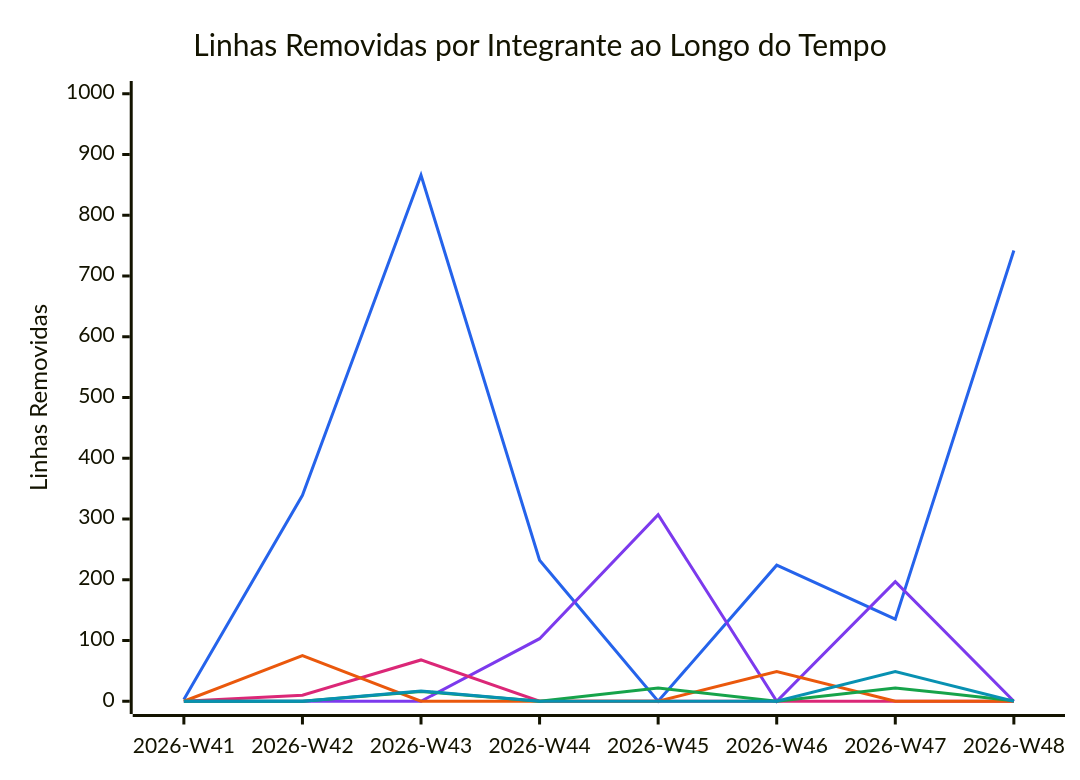
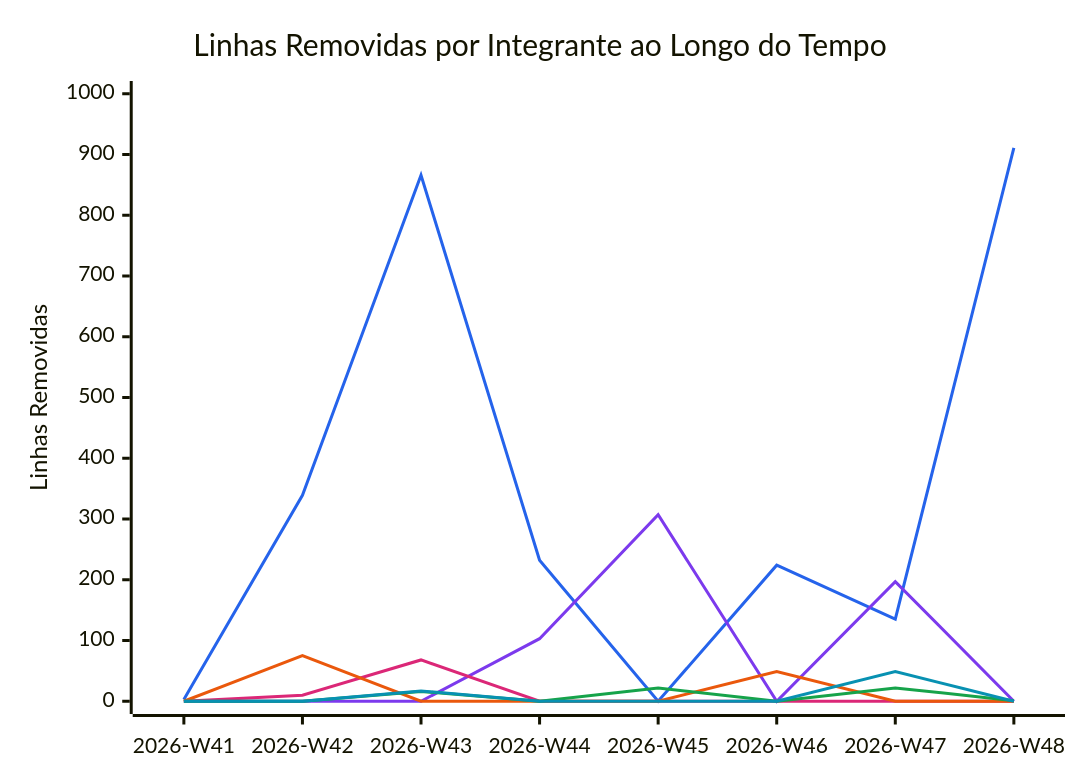
Before and after one commit to FCTE-Qualidade-de-Software-1/2026-2_T01_FRANS_BILAS: the diagram in documentation/snippets/management/code-deletions.mmd, drawn with Mermaid. The commit also changed 3 other files, not shown here.

```diff
--- a/documentation/snippets/management/code-deletions.mmd
+++ b/documentation/snippets/management/code-deletions.mmd
@@ -1,11 +1,11 @@
 %%{init: {"themeVariables": {"xyChart": {"plotColorPalette": "#2563eb, #7c3aed, #db2777, #ea580c, #16a34a, #0891b2"}}}}%%
 xychart-beta
     title "Linhas Removidas por Integrante ao Longo do Tempo"
     x-axis ["2026-W41", "2026-W42", "2026-W43", "2026-W44", "2026-W45", "2026-W46", "2026-W47", "2026-W48"]
     y-axis "Linhas Removidas" 0 --> 1000
-    line [3, 339, 866, 232, 0, 224, 135, 742]
+    line [3, 339, 866, 232, 0, 224, 135, 911]
     line [0, 0, 0, 103, 307, 0, 197, 0]
     line [0, 10, 68, 0, 0, 0, 0, 0]
     line [0, 75, 0, 0, 0, 49, 0, 0]
     line [0, 0, 16, 0, 22, 0, 22, 1]
     line [0, 0, 17, 0, 0, 0, 49, 0]
```
